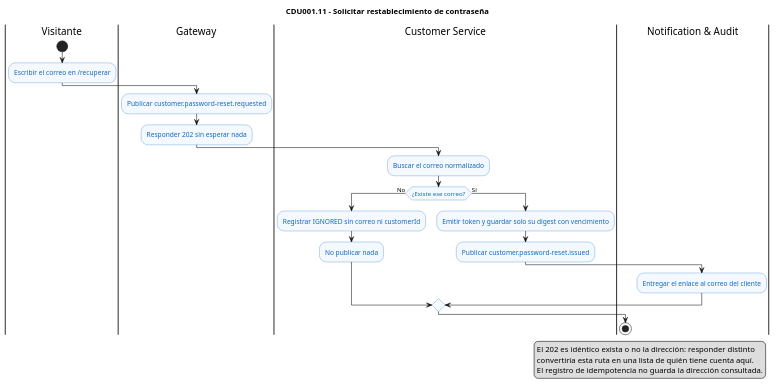
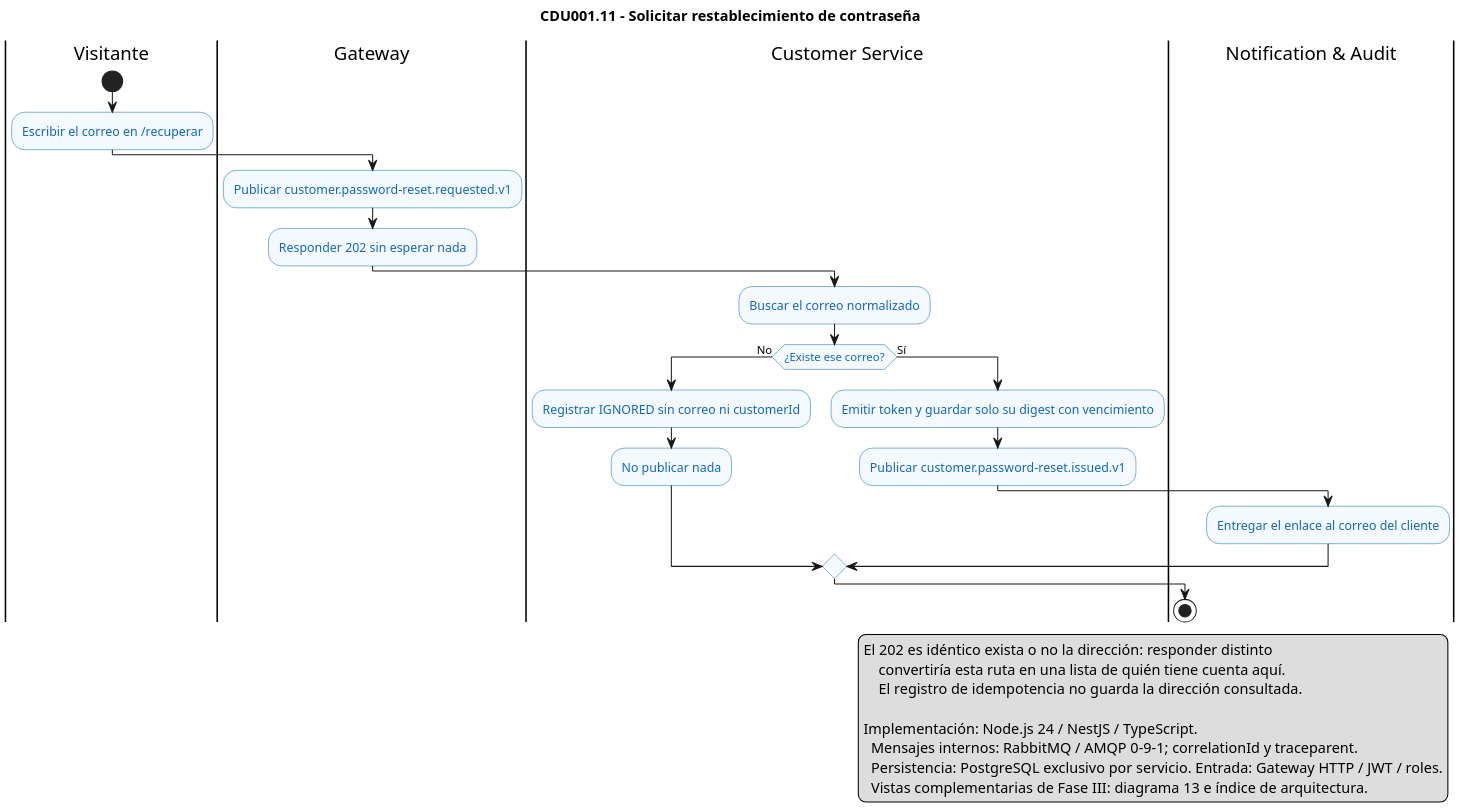
The diagram in docs/architecture/diagrams/cdu/customer/flujos/CDU001.11-solicitar-restablecimiento.puml (marcosbondel/Proyecto-SA-B-2), drawn with PlantUML before and after one commit. The commit also changed 74 other files, not shown here.

Commit message:
docs(cdu-er): actualizar casos de uso UML nativos, flujos de negocio y modelos ER fisicos

```diff
--- a/docs/architecture/diagrams/cdu/customer/flujos/CDU001.11-solicitar-restablecimiento.puml
+++ b/docs/architecture/diagrams/cdu/customer/flujos/CDU001.11-solicitar-restablecimiento.puml
@@ -1,35 +1,41 @@
 @startuml CDU001.11-solicitar-restablecimiento
 title CDU001.11 - Solicitar restablecimiento de contraseña
 
 skinparam shadowing false
+skinparam dpi 180
 skinparam activity {
     BackgroundColor #F4F8FF
     BorderColor #1168BD
     FontColor #1168BD
 }
 
 |Visitante|
 start
 :Escribir el correo en /recuperar;
 |Gateway|
-:Publicar customer.password-reset.requested;
+:Publicar customer.password-reset.requested.v1;
 :Responder 202 sin esperar nada;
 |Customer Service|
 :Buscar el correo normalizado;
 if (¿Existe ese correo?) then (No)
     :Registrar IGNORED sin correo ni customerId;
     :No publicar nada;
 else (Sí)
     :Emitir token y guardar solo su digest con vencimiento;
-    :Publicar customer.password-reset.issued;
+    :Publicar customer.password-reset.issued.v1;
     |Notification & Audit|
     :Entregar el enlace al correo del cliente;
 endif
 stop
 
 legend right
-    El 202 es idéntico exista o no la dirección: responder distinto
+El 202 es idéntico exista o no la dirección: responder distinto
     convertiría esta ruta en una lista de quién tiene cuenta aquí.
     El registro de idempotencia no guarda la dirección consultada.
+
+Implementación: Node.js 24 / NestJS / TypeScript.
+  Mensajes internos: RabbitMQ / AMQP 0-9-1; correlationId y traceparent.
+  Persistencia: PostgreSQL exclusivo por servicio. Entrada: Gateway HTTP / JWT / roles.
+  Vistas complementarias de Fase III: diagrama 13 e índice de arquitectura.
 endlegend
 @enduml
```
